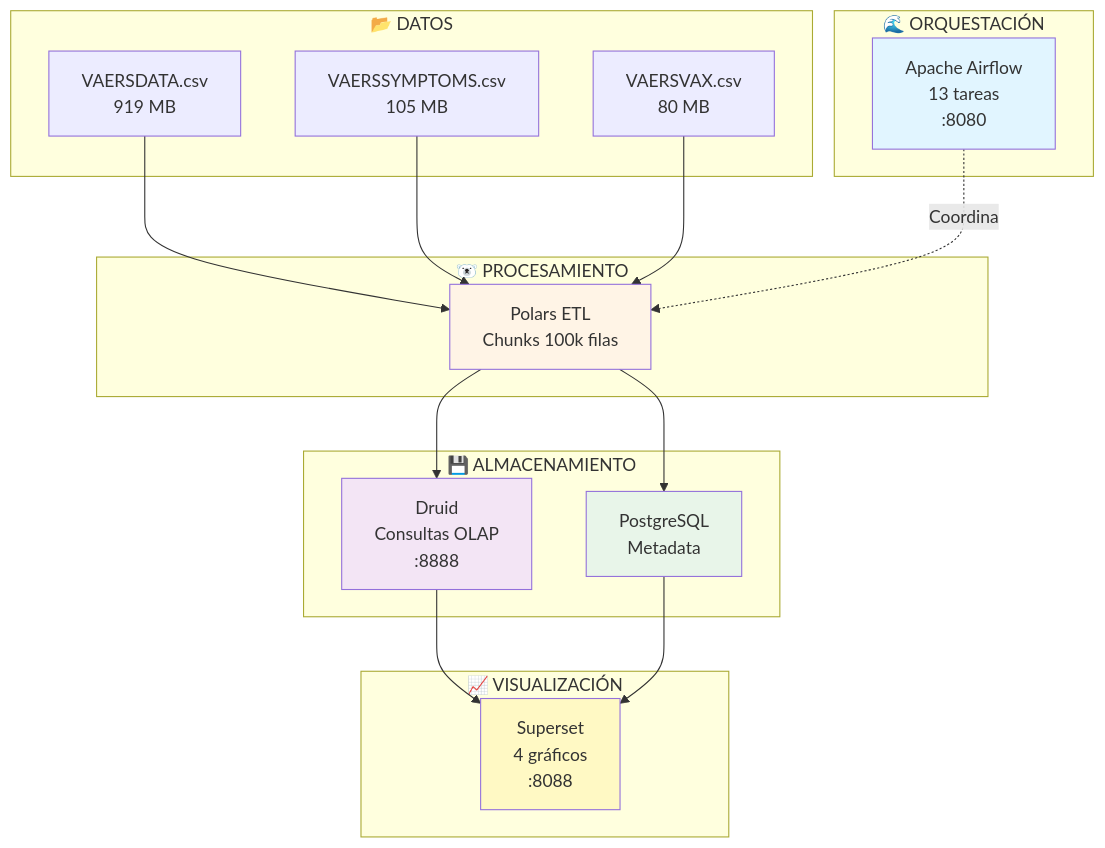
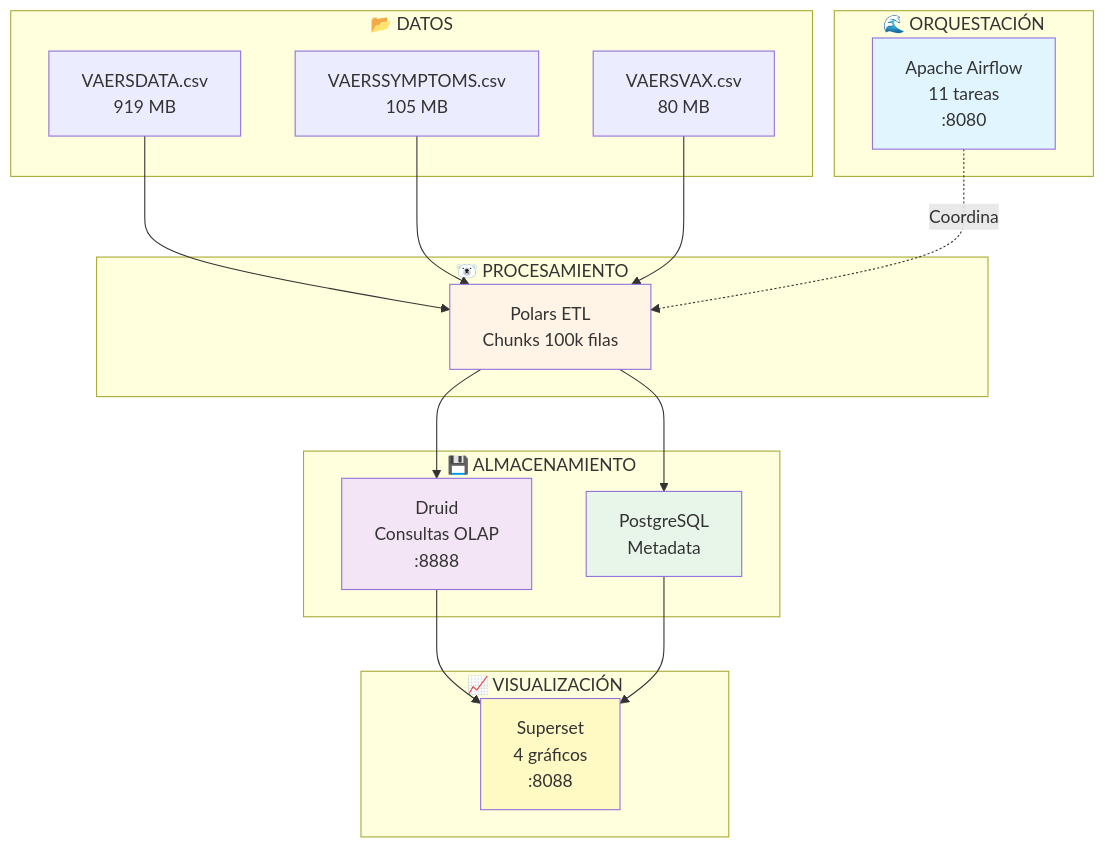
One commit to valeriach30/adverse-effects-covid changed the second of 7 diagrams in README.md. Above: the diagram before and after it, drawn with Mermaid. The commit also changed other lines of this file and 6 other files, not shown here.

````diff
--- a/README.md
+++ b/README.md
@@ -90,40 +90,40 @@
 ```mermaid
 graph TB
     subgraph "📂 DATOS"
         CSV1[VAERSDATA.csv<br/>919 MB]
         CSV2[VAERSSYMPTOMS.csv<br/>105 MB]
         CSV3[VAERSVAX.csv<br/>80 MB]
     end
 
     subgraph "🌊 ORQUESTACIÓN"
-        AIRFLOW[Apache Airflow<br/>13 tareas<br/>:8080]
+        AIRFLOW[Apache Airflow<br/>11 tareas<br/>:8080]
     end
 
     subgraph "🐻‍❄️ PROCESAMIENTO"
         POLARS[Polars ETL<br/>Chunks 100k filas]
     end
 
     subgraph "💾 ALMACENAMIENTO"
         DRUID[Druid<br/>Consultas OLAP<br/>:8888]
         POSTGRES[PostgreSQL<br/>Metadata<br/>]
     end
 
     subgraph "📈 VISUALIZACIÓN"
         SUPERSET[Superset<br/>4 gráficos<br/>:8088]
     end
 
     CSV1 --> POLARS
     CSV2 --> POLARS
     CSV3 --> POLARS
     AIRFLOW -.->|Coordina| POLARS
     POLARS --> DRUID
     POLARS --> POSTGRES
     DRUID --> SUPERSET
     POSTGRES --> SUPERSET
 
     style AIRFLOW fill:#e1f5ff
     style POLARS fill:#fff4e6
     style DRUID fill:#f3e5f5
     style POSTGRES fill:#e8f5e9
     style SUPERSET fill:#fff9c4
 ```
````
